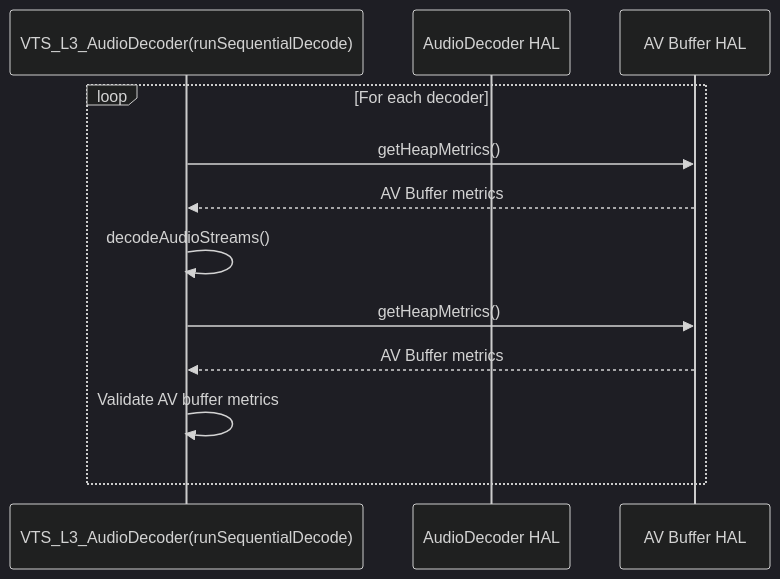
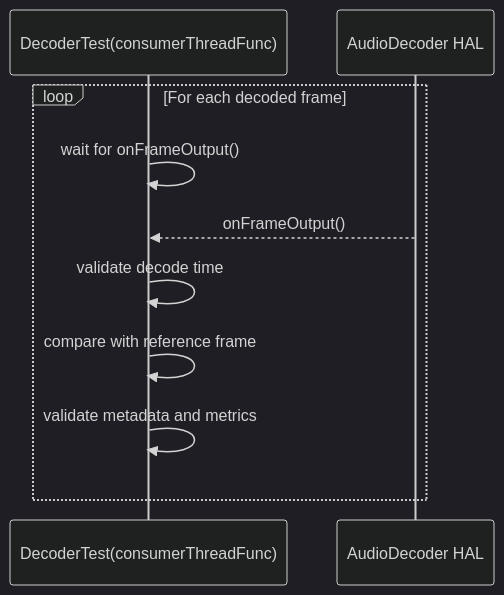
Before and after one commit to davidkoo-brcm/rdk-halif-aidl-test-audiodecoder: the seventh of 12 diagrams in docs/pages/audioDecoder_L3_Low-Level_TestSpecification.md, drawn with Mermaid (dark theme). The commit also changed other lines of this file and 1 other file, not shown here.

````diff
--- a/docs/pages/audioDecoder_L3_Low-Level_TestSpecification.md
+++ b/docs/pages/audioDecoder_L3_Low-Level_TestSpecification.md
@@ -270,15 +328,12 @@
 ```mermaid
 sequenceDiagram
-  participant rundecoder as VTS_L3_AudioDecoder(runSequentialDecode)
+  participant consumer as DecoderTest(consumerThreadFunc)
   participant AudioDecoder HAL
-  participant AV Buffer HAL
-
-  loop For each decoder
-    rundecoder->>AV Buffer HAL : getHeapMetrics()
-    AV Buffer HAL -->> rundecoder: AV Buffer metrics
-    rundecoder->>rundecoder: decodeAudioStreams()
-    rundecoder->>AV Buffer HAL : getHeapMetrics()
-    AV Buffer HAL -->> rundecoder: AV Buffer metrics
-    rundecoder->>rundecoder: Validate AV buffer metrics
+  loop For each decoded frame
+      consumer->>consumer: wait for onFrameOutput()
+      AudioDecoder HAL-->>consumer: onFrameOutput()
+      consumer->>consumer: validate decode time
+      consumer->>consumer: compare with reference frame
+      consumer->>consumer: validate metadata and metrics
   end
 ```
````
